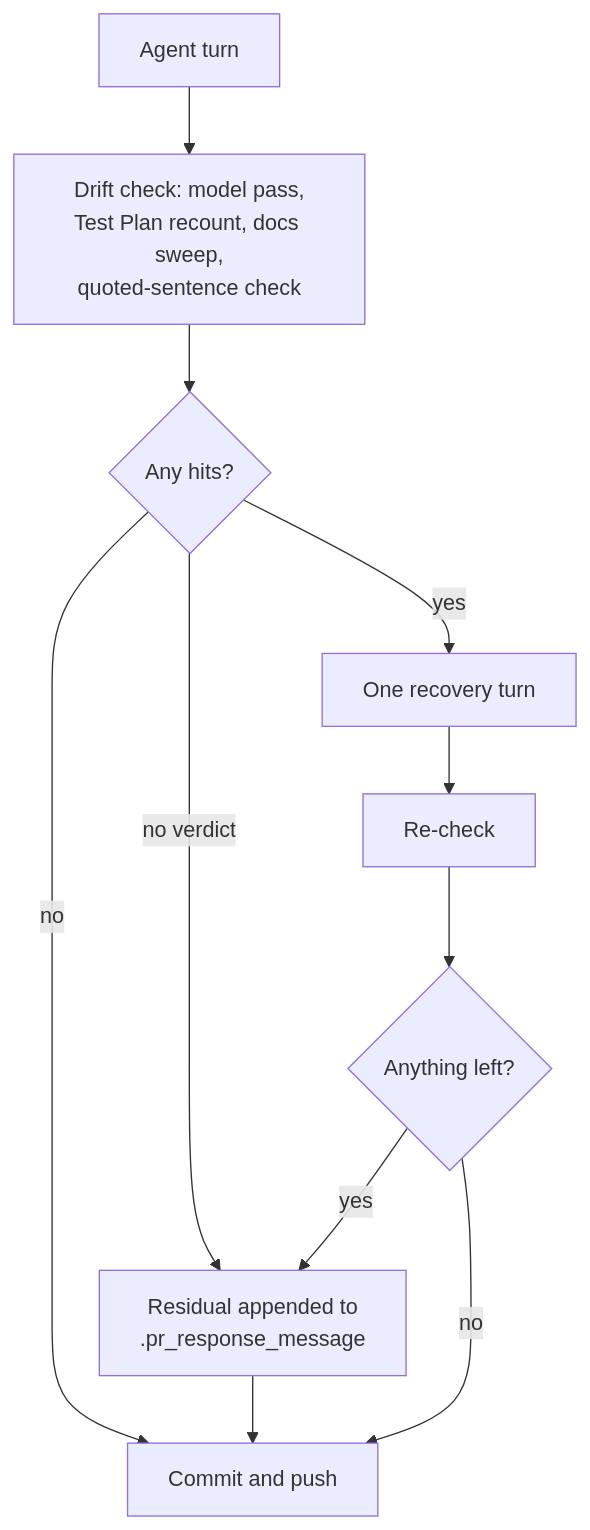
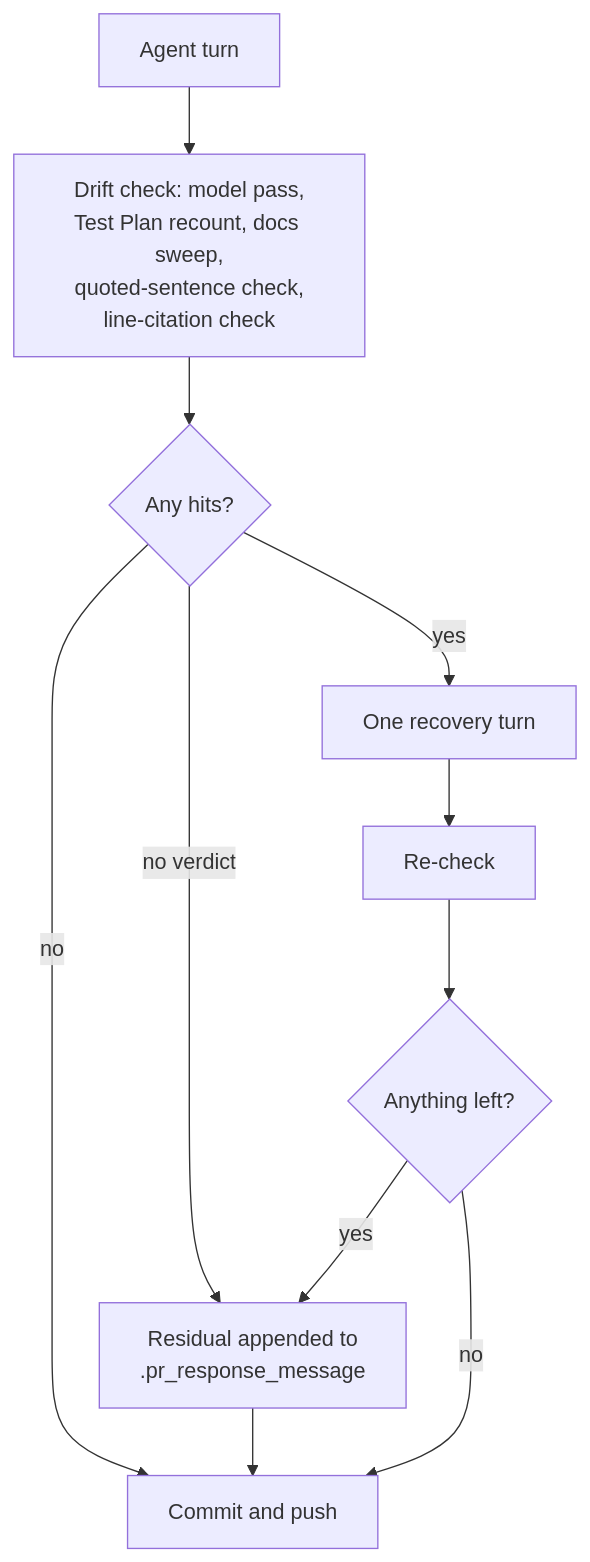
One commit to stSoftwareAU/VibeCoder changed the fourth of 10 diagrams in docs/workflows/pr-feedback.md. Above: the diagram before and after it, drawn with Mermaid. The commit also changed other lines of this file and 6 other files, not shown here.

````diff
--- a/docs/workflows/pr-feedback.md
+++ b/docs/workflows/pr-feedback.md
@@ -372,13 +401,13 @@
 ```mermaid
 flowchart TD
-    A["Agent turn"] --> D["Drift check: model pass,<br/>Test Plan recount, docs sweep,<br/>quoted-sentence check"]
+    A["Agent turn"] --> D["Drift check: model pass,<br/>Test Plan recount, docs sweep,<br/>quoted-sentence check,<br/>line-citation check"]
     D --> H{"Any hits?"}
     H -- no --> P["Commit and push"]
     H -- "no verdict" --> N["Residual appended to<br/>.pr_response_message"]
     H -- yes --> R["One recovery turn"]
     R --> C["Re-check"]
     C --> L{"Anything left?"}
     L -- yes --> N
     L -- no --> P
     N --> P
 ```
````
